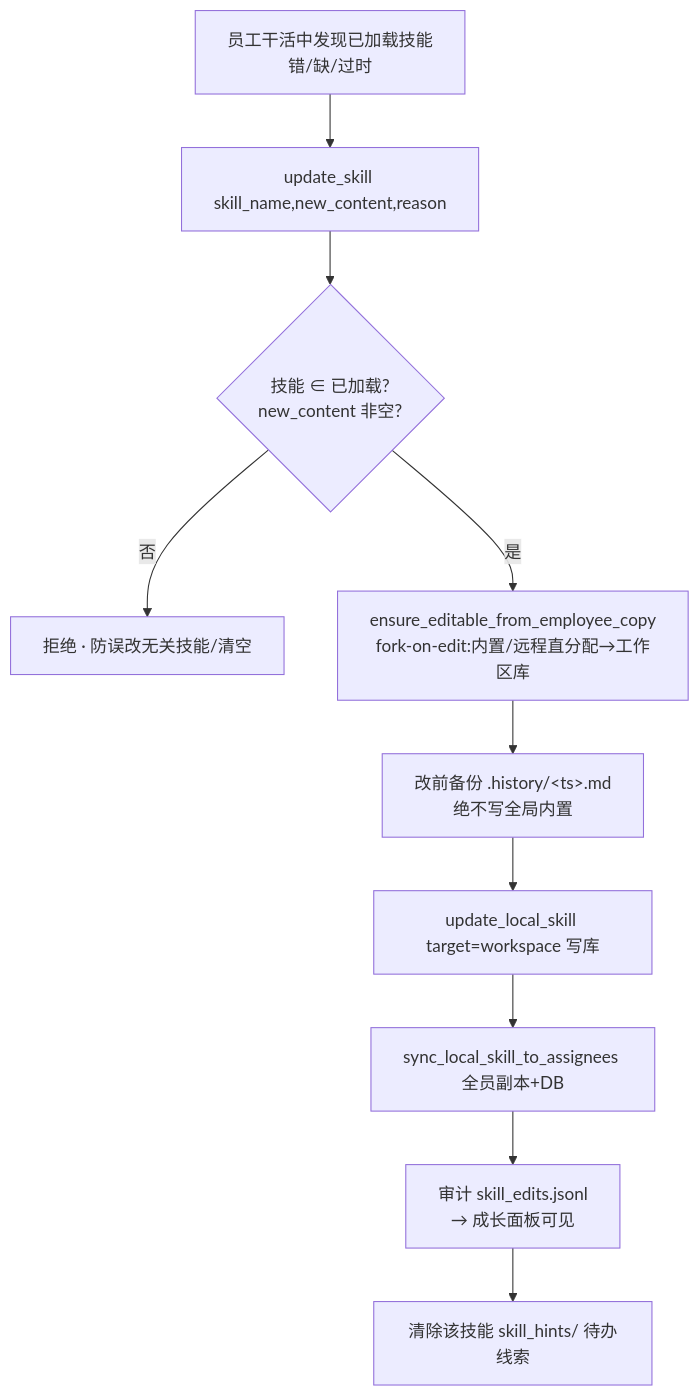
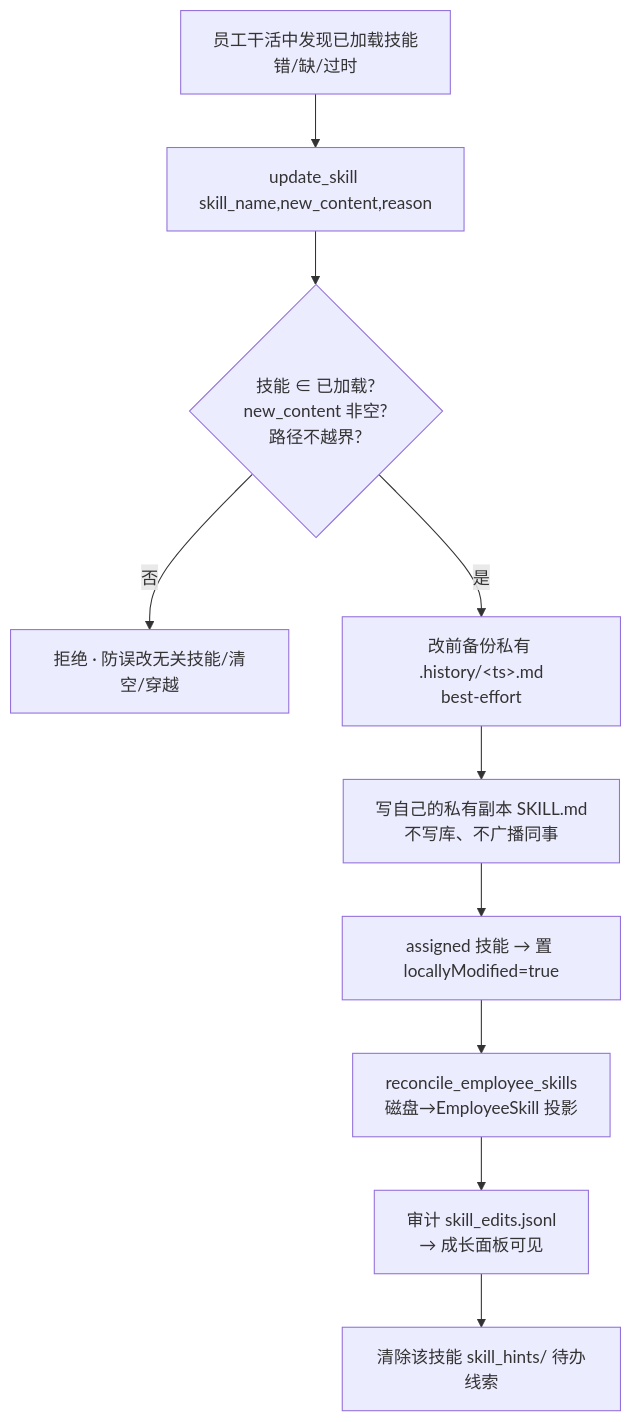
The fourth of 4 diagrams in docs/learning-loop-self-evolution.md (rzx007/digital-employe-client-web-m), drawn with Mermaid before and after one commit. The commit also changed other lines of this file and 3 other files, not shown here.

````diff
--- a/docs/learning-loop-self-evolution.md
+++ b/docs/learning-loop-self-evolution.md
@@ -177,12 +179,12 @@
 ```mermaid
 flowchart TD
     Find[员工干活中发现已加载技能<br/>错/缺/过时] --> Tool[update_skill skill_name,new_content,reason]
-    Tool --> Guard{技能 ∈ 已加载?<br/>new_content 非空?}
-    Guard -->|否| Reject[拒绝 · 防误改无关技能/清空]
-    Guard -->|是| Fork[ensure_editable_from_employee_copy<br/>fork-on-edit:内置/远程直分配→工作区库]
-    Fork --> Backup[改前备份 .history/&lt;ts&gt;.md<br/>绝不写全局内置]
-    Backup --> Write[update_local_skill target=workspace 写库]
-    Write --> Sync[sync_local_skill_to_assignees 全员副本+DB]
-    Sync --> Audit[审计 skill_edits.jsonl<br/>→ 成长面板可见]
+    Tool --> Guard{技能 ∈ 已加载?<br/>new_content 非空?<br/>路径不越界?}
+    Guard -->|否| Reject[拒绝 · 防误改无关技能/清空/穿越]
+    Guard -->|是| Backup[改前备份私有 .history/&lt;ts&gt;.md<br/>best-effort]
+    Backup --> Write[写自己的私有副本 SKILL.md<br/>不写库、不广播同事]
+    Write --> Mark[assigned 技能 → 置 locallyModified=true]
+    Mark --> Reconcile[reconcile_employee_skills<br/>磁盘→EmployeeSkill 投影]
+    Reconcile --> Audit[审计 skill_edits.jsonl<br/>→ 成长面板可见]
     Audit --> Clear[清除该技能 skill_hints/ 待办线索]
 ```
````
